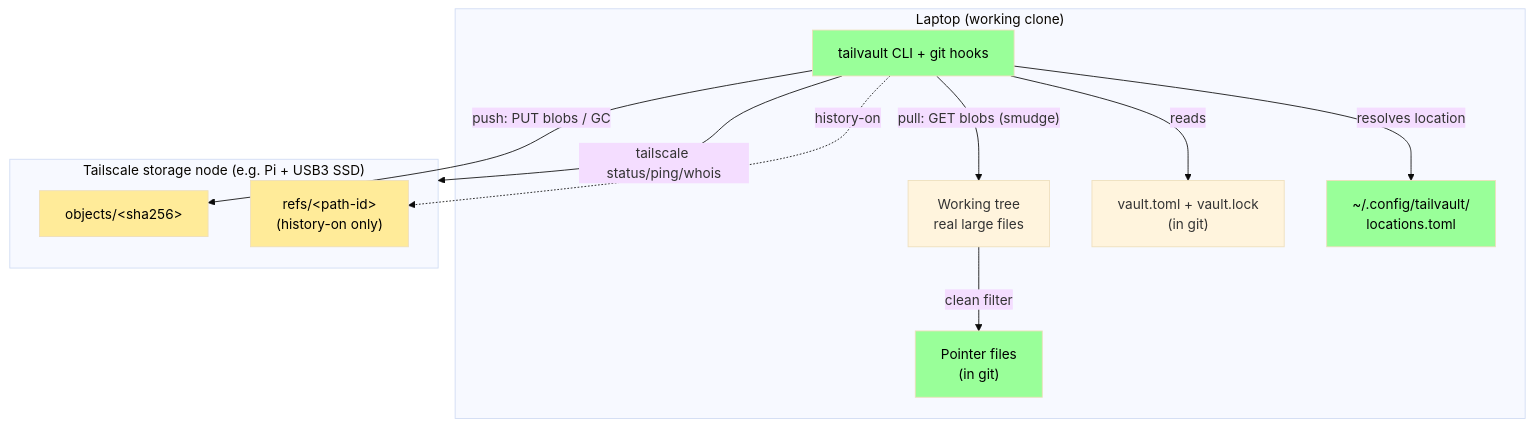
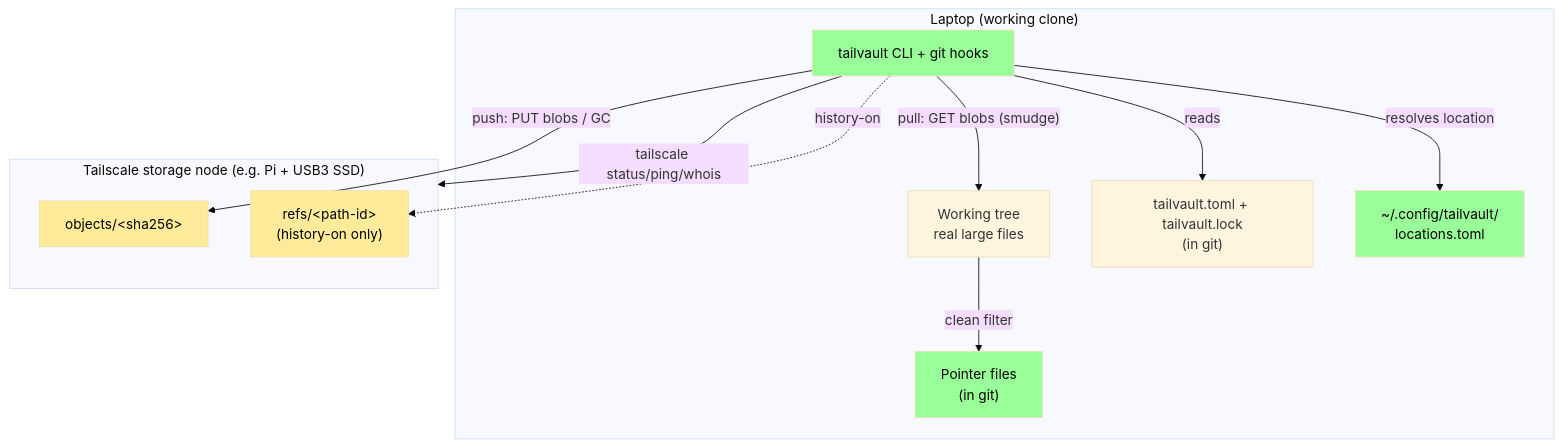
Before and after one commit to Ibtesam-Mahmood/Tailvault: the first of 3 diagrams in proposal.md, drawn with Mermaid (base theme). The commit also changed other lines of this file and 12 other files, not shown here.

First line of the commit message:
tailvault: v0.0.2 — rename to tailvault.toml/.lock; spec local-session discovery + structured error model

````diff
--- a/proposal.md
+++ b/proposal.md
@@ -89,25 +97,25 @@
 ```mermaid
 graph TB
     subgraph laptop["Laptop (working clone)"]
         WT["Working tree<br/>real large files"]
         PTR["Pointer files<br/>(in git)"]
-        CFG["vault.toml + vault.lock<br/>(in git)"]
+        CFG["tailvault.toml + tailvault.lock<br/>(in git)"]
         CLI["tailvault CLI + git hooks"]
         REG["~/.config/tailvault/<br/>locations.toml"]
     end
     subgraph node["Tailscale storage node (e.g. Pi + USB3 SSD)"]
         OBJ["objects/&lt;sha256&gt;"]
         REFS["refs/&lt;path-id&gt;<br/>(history-on only)"]
     end
     WT -- "clean filter" --> PTR
     CLI -- "reads" --> CFG
     CLI -- "resolves location" --> REG
     CLI -- "push: PUT blobs / GC" --> OBJ
     CLI -- "pull: GET blobs (smudge)" --> WT
     CLI -. "history-on" .-> REFS
     CLI -- "tailscale status/ping/whois" --> node
     classDef new fill:#99ff99,color:#000
     classDef store fill:#ffeb99,color:#000
     class CLI,REG,PTR new
     class OBJ,REFS store
 ```
````
